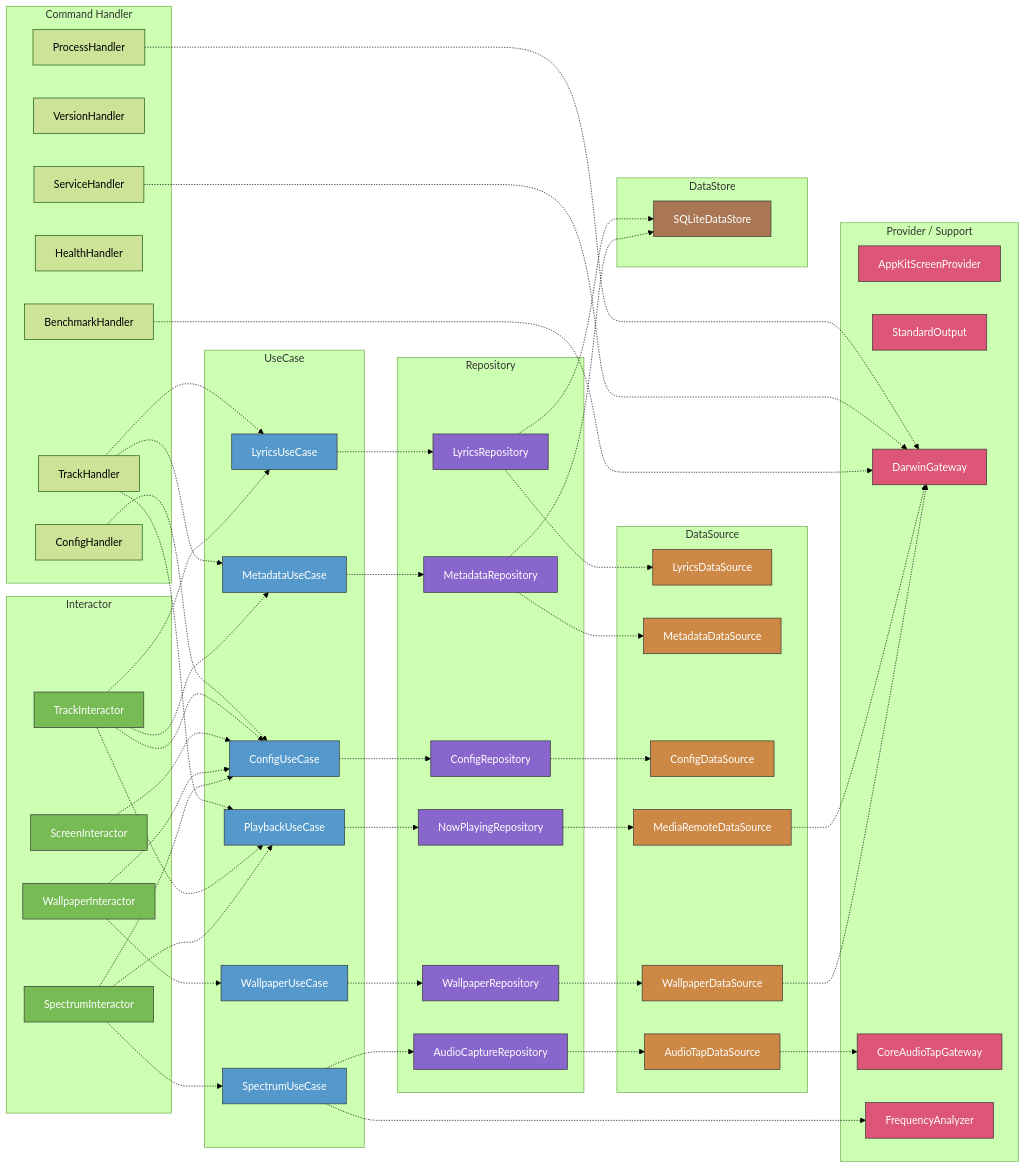
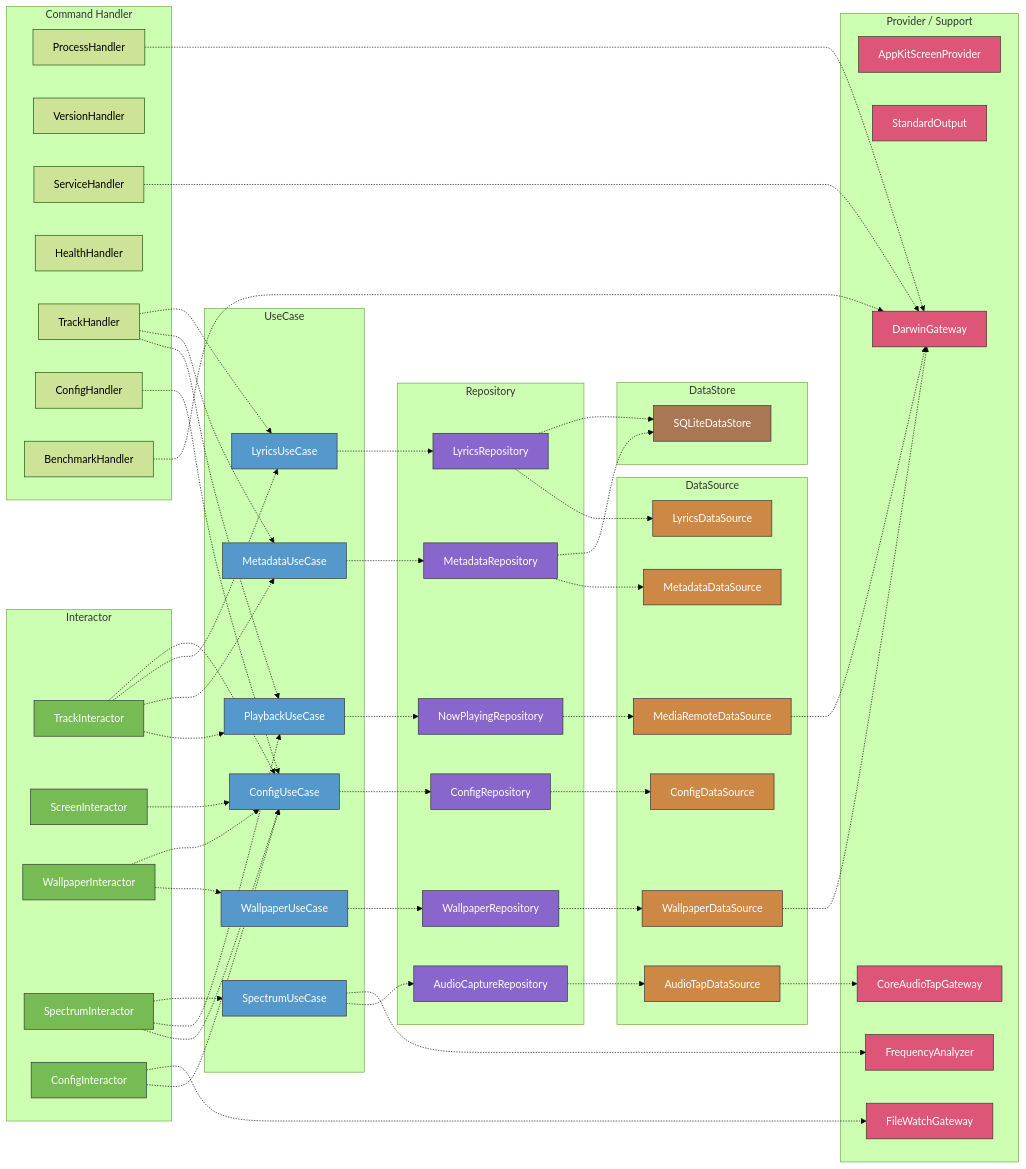
One commit to GeneralD/lyra changed the second of 2 diagrams in .claude/CLAUDE.md. Above: the diagram before and after it, drawn with Mermaid (forest theme). The commit also changed other lines of this file and 2 other files, not shown here.

First line of the commit message:
docs(#41): config ホットリロードを CLAUDE.md/AGENTS.md/README に反映

````diff
--- a/.claude/CLAUDE.md
+++ b/.claude/CLAUDE.md
@@ -132,6 +132,7 @@
         ScreenInteractor[ScreenInteractor]
         WallpaperInteractor[WallpaperInteractor]
         SpectrumInteractor[SpectrumInteractor]
+        ConfigInteractor[ConfigInteractor]
     end
 
     subgraph UseCase
@@ -167,6 +168,7 @@
         DarwinGateway[DarwinGateway]
         CoreAudioTapGateway[CoreAudioTapGateway]
         FrequencyAnalyzer[FrequencyAnalyzer]
+        FileWatchGateway[FileWatchGateway]
     end
 
     subgraph DataStore
@@ -182,6 +184,7 @@
     ScreenInteractor -.-> ConfigUseCase
     WallpaperInteractor -.-> WallpaperUseCase & ConfigUseCase
     SpectrumInteractor -.-> ConfigUseCase & PlaybackUseCase & SpectrumUseCase
+    ConfigInteractor -.-> ConfigUseCase & FileWatchGateway
     SpectrumUseCase -.-> AudioCaptureRepository
     SpectrumUseCase -.-> FrequencyAnalyzer
     AudioCaptureRepository -.-> AudioTapDataSource
@@ -203,6 +206,7 @@
     style ScreenInteractor fill:#7b5,stroke:#333,color:#fff
     style WallpaperInteractor fill:#7b5,stroke:#333,color:#fff
     style SpectrumInteractor fill:#7b5,stroke:#333,color:#fff
+    style ConfigInteractor fill:#7b5,stroke:#333,color:#fff
     style ConfigUseCase fill:#59c,stroke:#333,color:#fff
     style PlaybackUseCase fill:#59c,stroke:#333,color:#fff
     style LyricsUseCase fill:#59c,stroke:#333,color:#fff
@@ -226,5 +230,6 @@
     style DarwinGateway fill:#d57,stroke:#333,color:#fff
     style CoreAudioTapGateway fill:#d57,stroke:#333,color:#fff
     style FrequencyAnalyzer fill:#d57,stroke:#333,color:#fff
+    style FileWatchGateway fill:#d57,stroke:#333,color:#fff
     style SQLiteDataStore fill:#a75,stroke:#333,color:#fff
 ```
````
